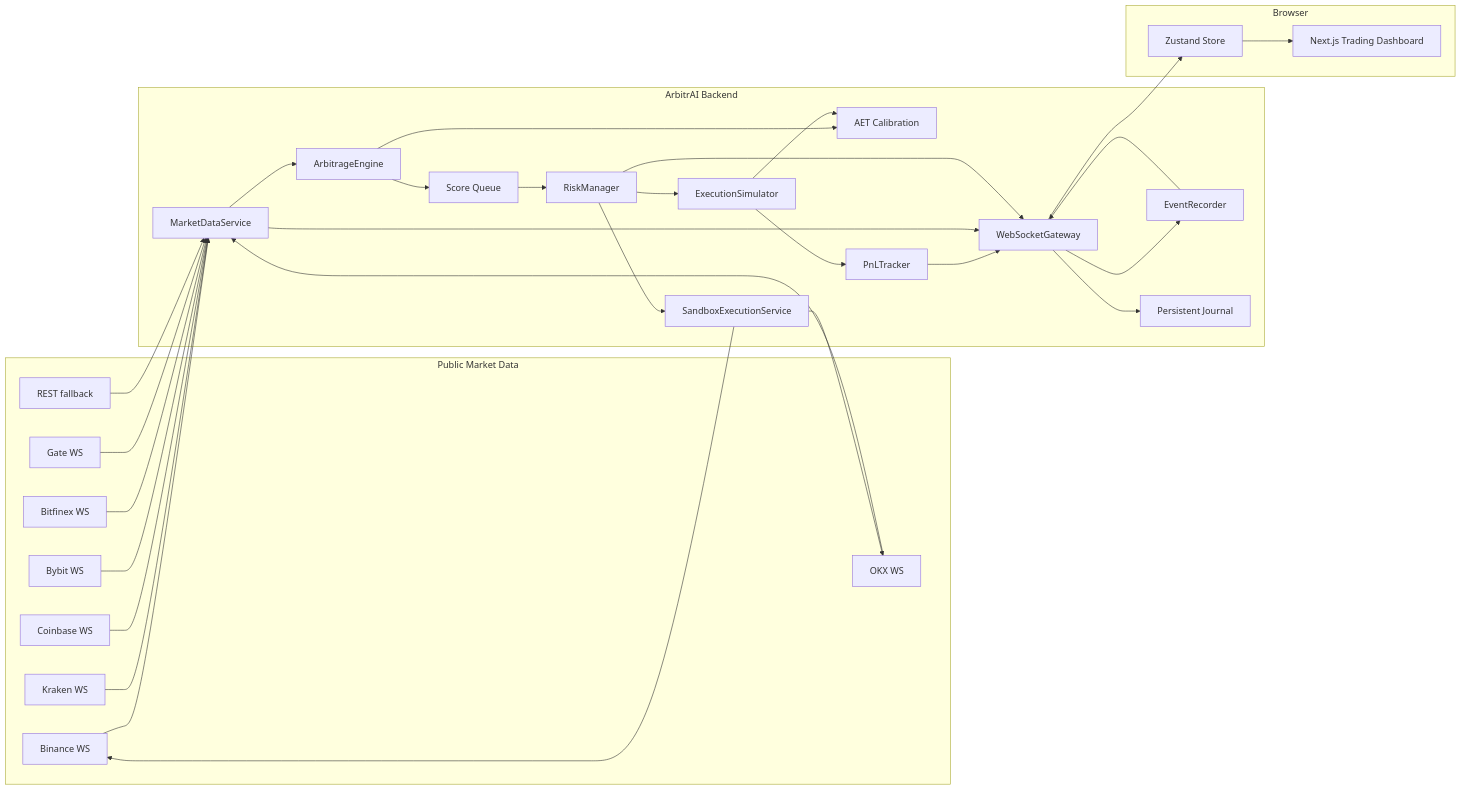
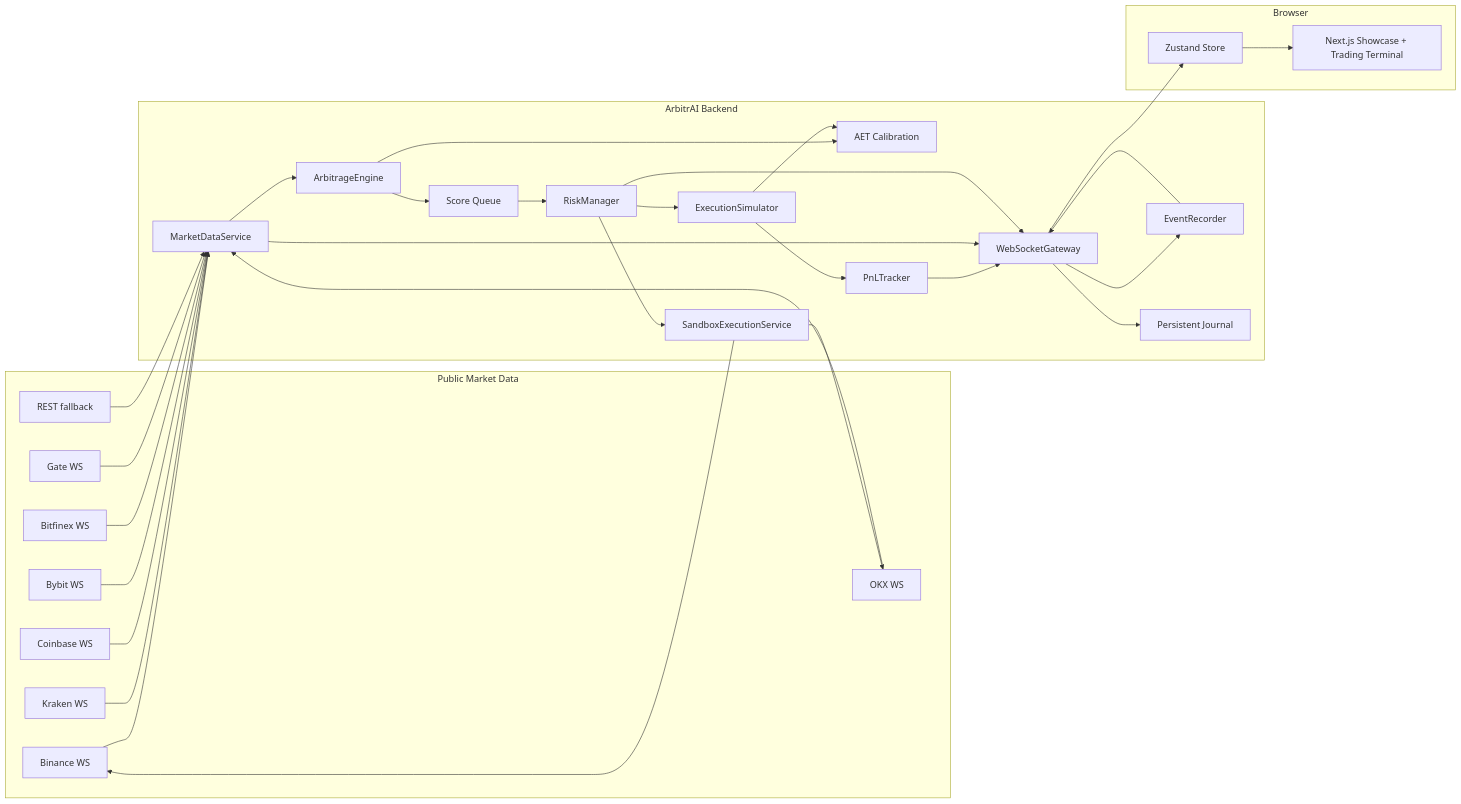
One commit to JoahanMorales/CODING_CHALLENGE_MEXICO changed the first of 2 diagrams in README.md. Above: the diagram before and after it, drawn with Mermaid. The commit also changed other lines of this file and 22 other files, not shown here.

````diff
--- a/README.md
+++ b/README.md
@@ -419,59 +464,59 @@
 ```mermaid
 flowchart LR
   subgraph "Public Market Data"
     B["Binance WS"]
     K["Kraken WS"]
     C["Coinbase WS"]
     O["OKX WS"]
     Y["Bybit WS"]
     F["Bitfinex WS"]
     T["Gate WS"]
     R["REST fallback"]
   end
 
   subgraph "ArbitrAI Backend"
     M["MarketDataService"]
     E["ArbitrageEngine"]
     A["AET Calibration"]
     Q["Score Queue"]
     RM["RiskManager"]
     X["ExecutionSimulator"]
     S["SandboxExecutionService"]
     P["PnLTracker"]
     ER["EventRecorder"]
     G["WebSocketGateway"]
     J["Persistent Journal"]
   end
 
   subgraph "Browser"
     Z["Zustand Store"]
-    UI["Next.js Trading Dashboard"]
+    UI["Next.js Showcase + Trading Terminal"]
   end
 
   B --> M
   K --> M
   C --> M
   O --> M
   Y --> M
   F --> M
   T --> M
   R --> M
   M --> E
   E --> A
   E --> Q
   Q --> RM
   RM --> X
   X --> P
   RM --> S
   S --> B
   S --> O
   X --> A
   G --> ER
   ER --> G
   P --> G
   M --> G
   RM --> G
   G --> J
   G --> Z
   Z --> UI
 ```
````
